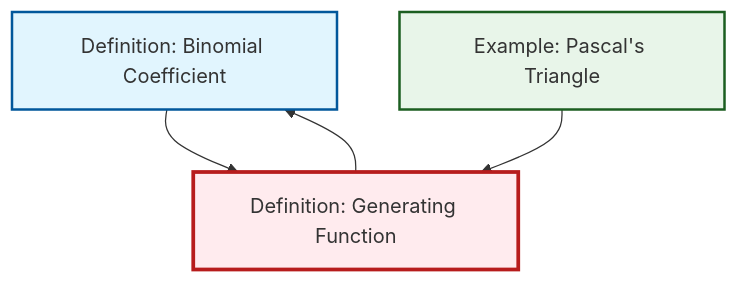
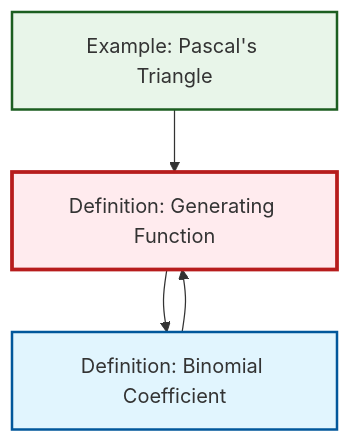
One commit to RK0429/ModernMath changed the diagram in content/en/combinatorics/def-generating-function.qmd. Above: the diagram before and after it, drawn with Mermaid. The commit also changed other lines of this file and 1069 other files, not shown here.

````diff
--- a/content/en/combinatorics/def-generating-function.qmd
+++ b/content/en/combinatorics/def-generating-function.qmd
@@ -98,18 +98,18 @@
 ```{mermaid}
 %%| fig-cap: "Local dependency graph"
 graph TD
     classDef definition fill:#e1f5fe,stroke:#01579b,stroke-width:2px
     classDef theorem fill:#f3e5f5,stroke:#4a148c,stroke-width:2px
     classDef axiom fill:#fff3e0,stroke:#e65100,stroke-width:2px
     classDef example fill:#e8f5e9,stroke:#1b5e20,stroke-width:2px
     classDef current fill:#ffebee,stroke:#b71c1c,stroke-width:3px
+    ex-pascals-triangle["Example: Pascal's Triangle"]:::example
+    def-generating-function["Definition: Generating Function"]:::definition
     def-binomial-coefficient["Definition: Binomial Coefficient"]:::definition
-    def-generating-function["Definition: Generating Function"]:::definition
-    ex-pascals-triangle["Example: Pascal's Triangle"]:::example
+    ex-pascals-triangle --> def-generating-function
     def-generating-function --> def-binomial-coefficient
     def-binomial-coefficient --> def-generating-function
-    ex-pascals-triangle --> def-generating-function
     class def-generating-function current
+    click ex-pascals-triangle "ex-pascals-triangle.html" "Go to Pascal's Triangle example"
     click def-binomial-coefficient "def-binomial-coefficient.html" "Go to Binomial Coefficient definition"
-    click ex-pascals-triangle "ex-pascals-triangle.html" "Go to Pascal's Triangle example"
 ```
````
